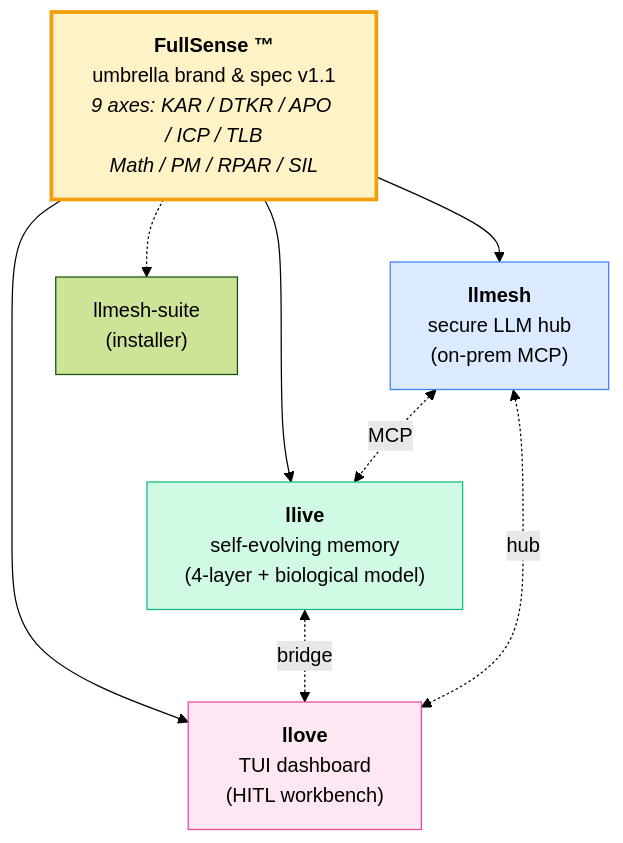
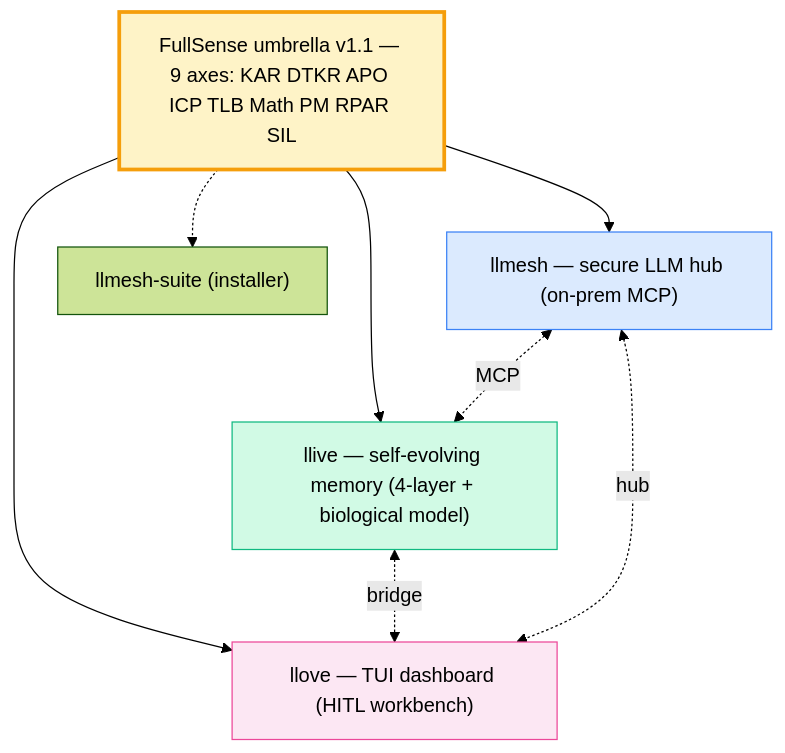
Before and after one commit to furuse-kazufumi/fullsense: the diagram in docs/index.md, drawn with Mermaid (forest theme).

Commit message:
fix(docs): strip <b>/<i>/<br/> from mermaid block to avoid kramdown breakage
kramdown was treating inline HTML inside the fenced ```mermaid``` block
as block-level HTML and truncating the code, leaving only "flowchart TD"
in the rendered <pre><code class="language-mermaid"> element. Replace
the HTML decorations with plain Mermaid node labels and switch edge
labels from <-.->|x| to <-. x .-> form for the same reason.

````diff
--- a/docs/index.md
+++ b/docs/index.md
@@ -17,19 +17,19 @@
 ```mermaid
 flowchart TD
-    F["<b>FullSense ™</b><br/>umbrella brand &amp; spec v1.1<br/><i>9 axes: KAR / DTKR / APO / ICP / TLB<br/>Math / PM / RPAR / SIL</i>"]
-    LM["<b>llmesh</b><br/>secure LLM hub<br/>(on-prem MCP)"]
-    LI["<b>llive</b><br/>self-evolving memory<br/>(4-layer + biological model)"]
-    LO["<b>llove</b><br/>TUI dashboard<br/>(HITL workbench)"]
-    LMS["llmesh-suite<br/>(installer)"]
+    F["FullSense umbrella v1.1 — 9 axes: KAR DTKR APO ICP TLB Math PM RPAR SIL"]
+    LM["llmesh — secure LLM hub (on-prem MCP)"]
+    LI["llive — self-evolving memory (4-layer + biological model)"]
+    LO["llove — TUI dashboard (HITL workbench)"]
+    LMS["llmesh-suite (installer)"]
     F --> LM
     F --> LI
     F --> LO
     F -.-> LMS
-    LM <-.->|MCP| LI
-    LI <-.->|bridge| LO
-    LM <-.->|hub| LO
+    LM <-. MCP .-> LI
+    LI <-. bridge .-> LO
+    LM <-. hub .-> LO
     style F fill:#fef3c7,stroke:#f59e0b,stroke-width:3px
     style LI fill:#d1fae5,stroke:#10b981
     style LM fill:#dbeafe,stroke:#3b82f6
     style LO fill:#fce7f3,stroke:#ec4899
 ```
````
